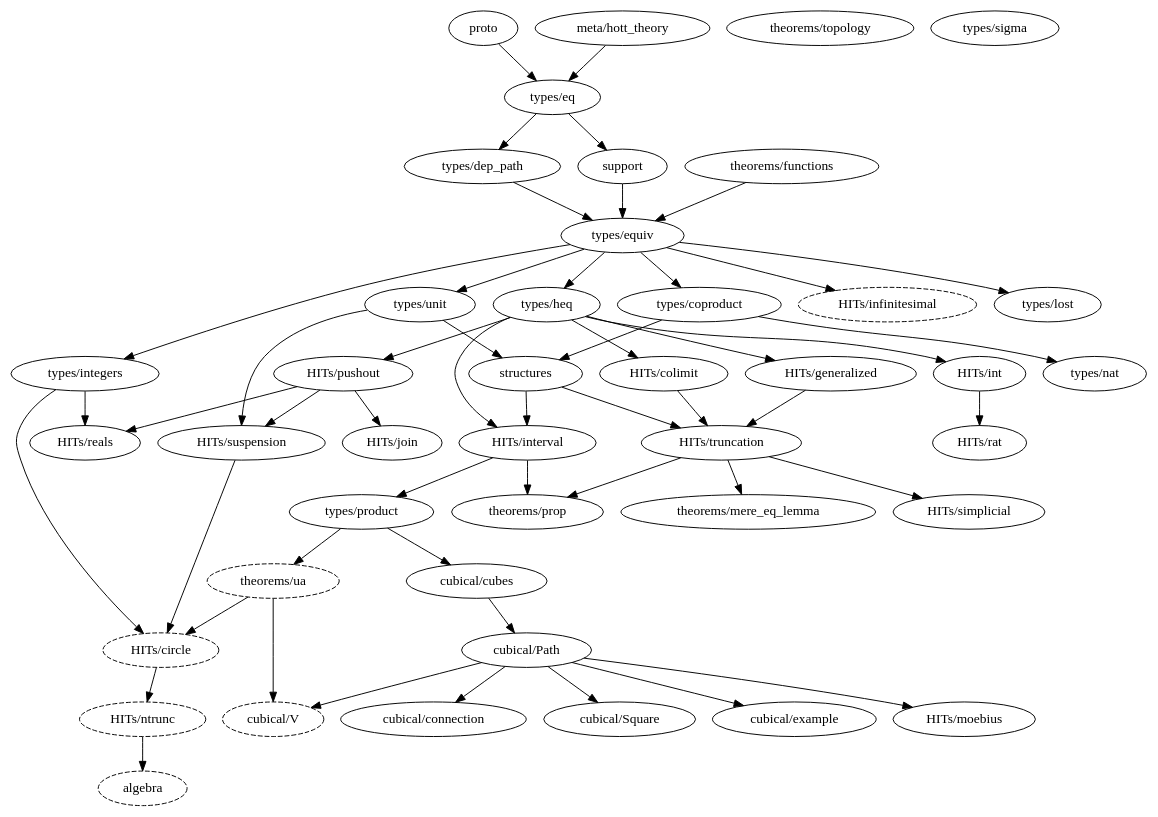
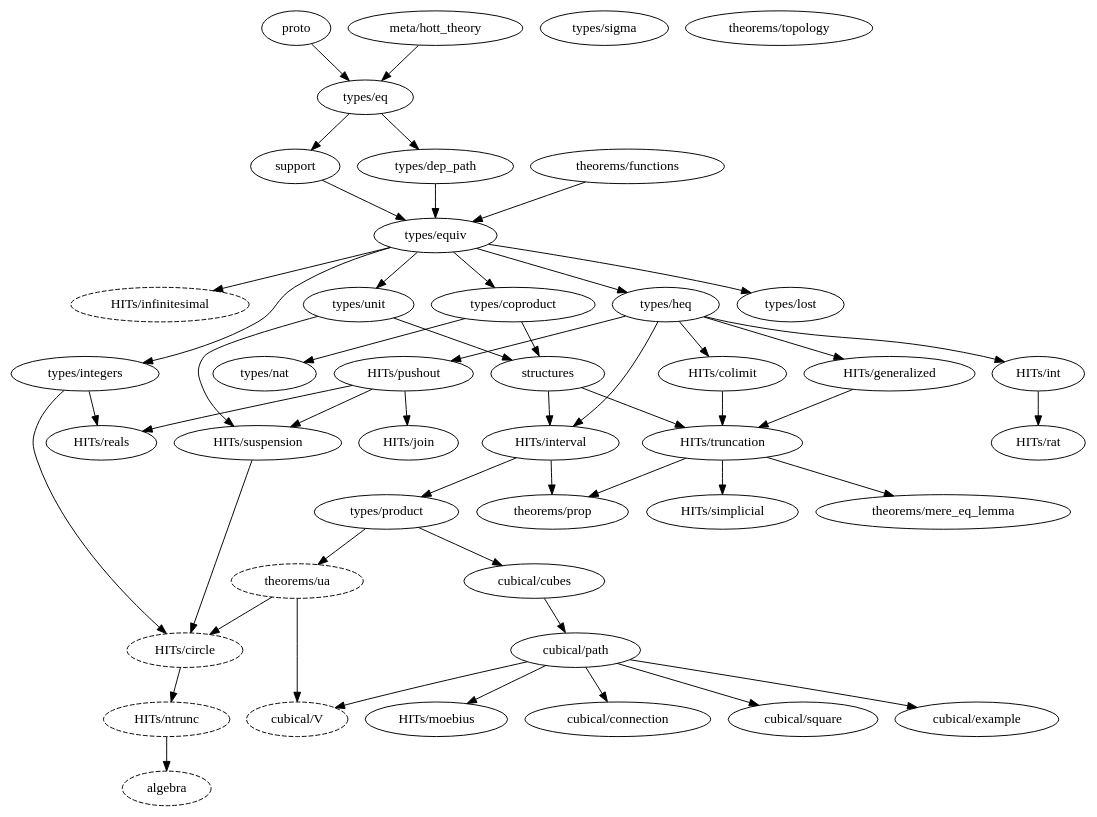
One commit to forked-from-1kasper/ground_zero changed the diagram in dependency_map.gv. Above: the diagram before and after it, drawn with Graphviz. The commit also changed 3 other files, not shown here.

```diff
--- a/dependency_map.gv
+++ b/dependency_map.gv
@@ -1,92 +1,85 @@
 digraph dependency_map {
   proto -> "types/eq"
   "meta/hott_theory" -> "types/eq"
+  support -> "types/equiv"
+  structures -> { "HITs/interval", "HITs/truncation" }
 
-  algebra [style=dashed]
-  "HITs/ntrunc" -> algebra
+  subgraph univalence {
+    node [style=dashed]
+    algebra
+    "HITs/circle"
+    "HITs/infinitesimal"
+    "HITs/ntrunc"
+    "theorems/ua"
+    "cubical/V"
+  }
 
-  "HITs/circle" [style=dashed]
-  "types/integers" -> "HITs/circle"
-  "HITs/suspension" -> "HITs/circle"
-  "theorems/ua" -> "HITs/circle"
+  subgraph types {
+    "types/coproduct" -> { "types/nat", structures }
+    "types/dep_path" -> "types/equiv"
+    "types/eq" -> { "types/dep_path", support }
+    "types/equiv" -> {
+      "types/heq",
+      "types/integers",
+      "HITs/infinitesimal",
+      "types/coproduct",
+      "types/lost",
+      "types/unit"
+    }
+    "types/heq" -> {
+      "HITs/colimit",
+      "HITs/generalized",
+      "HITs/int",
+      "HITs/pushout",
+      "HITs/interval"
+    }
+    "types/integers" ->  { "HITs/circle", "HITs/reals" }
+    "types/lost"
+    "types/nat"
+    "types/product" -> { "cubical/cubes", "theorems/ua" }
+    "types/sigma"
+    "types/unit" -> { structures, "HITs/suspension" }
+  }
 
-  "types/heq" -> "HITs/colimit"
+  subgraph HITs {
+    "HITs/circle" -> "HITs/ntrunc"
+    "HITs/colimit" -> "HITs/truncation"
+    "HITs/generalized" -> "HITs/truncation"
+    "HITs/infinitesimal"
+    "HITs/int" -> "HITs/rat"
+    "HITs/interval" -> { "types/product", "theorems/prop" }
+    "HITs/join"
+    "HITs/ntrunc" -> algebra
+    "HITs/pushout" -> {
+      "HITs/join",
+      "HITs/reals"
+    }
+    "HITs/pushout" -> "HITs/suspension"
+    "HITs/rat"
+    "HITs/reals"
+    "HITs/simplicial"
+    "HITs/suspension" -> "HITs/circle"
+    "HITs/truncation" -> {
+      "theorems/mere_eq_lemma",
+      "theorems/prop",
+      "HITs/simplicial"
+    }
+  }
 
-  "types/heq" -> "HITs/generalized"
+  subgraph cubical {
+    "cubical/path" -> "HITs/moebius"
+    "cubical/path" -> "cubical/connection"
+    "cubical/cubes" -> "cubical/path"
+    "cubical/path" -> "cubical/square"
+    "cubical/path" -> "cubical/example"
+    "cubical/path" -> "cubical/V"
+  }
 
-  "HITs/infinitesimal" [style=dashed]
-  "types/equiv" -> "HITs/infinitesimal"
-
-  "types/equiv" -> "types/coproduct"
-  "types/eq" -> "types/dep_path"
-
-  "cubical/Path" -> "cubical/connection"
-  "types/product" -> "cubical/cubes"
-  "cubical/cubes" -> "cubical/Path"
-  "cubical/Path" -> "cubical/Square"
-  "cubical/Path" -> "cubical/example"
-
-  "cubical/V" [style=dashed]
-  "theorems/ua" -> "cubical/V"
-  "cubical/Path" -> "cubical/V"
-
-  "types/equiv" -> "types/heq"
-  "types/equiv" -> "types/integers"
-
-  "types/dep_path" -> "types/equiv"
-  support -> "types/equiv"
-  "theorems/functions" -> "types/equiv"
-
-  "types/heq" -> "HITs/int"
-
-  "structures" -> "HITs/interval"
-  "types/heq" -> "HITs/interval"
-
-  "HITs/pushout" -> "HITs/join"
-
-  "cubical/Path" -> "HITs/moebius"
-
-  "HITs/truncation" -> "theorems/mere_eq_lemma"
-
-  "theorems/topology"
-
-  "HITs/ntrunc" [style=dashed]
-  "HITs/circle" -> "HITs/ntrunc"
-
-  "HITs/interval" -> "types/product"
-
-  "HITs/interval" -> "theorems/prop"
-  "HITs/truncation" -> "theorems/prop"
-
-  "types/heq" -> "HITs/pushout"
-
-  "HITs/int" -> "HITs/rat"
-
-  "HITs/pushout" -> "HITs/reals"
-  "types/integers" -> "HITs/reals"
-
-  "HITs/truncation" -> "HITs/simplicial"
-
-  "types/unit" -> structures
-  "types/coproduct" -> structures
-
-  "types/eq" -> support
-
-  "HITs/pushout" -> "HITs/suspension"
-  "types/unit" -> "HITs/suspension"
-
-  structures -> "HITs/truncation"
-  "HITs/colimit" -> "HITs/truncation"
-  "HITs/generalized" -> "HITs/truncation"
-
-  "theorems/ua" [style=dashed]
-  "types/product" -> "theorems/ua"
-
-  "types/equiv" -> "types/unit"
-
-  "types/coproduct" -> "types/nat"
-
-  "types/equiv" -> "types/lost"
-
-  "types/sigma"
+  subgraph theorems {
+    "theorems/functions" -> "types/equiv"
+    "theorems/mere_eq_lemma"
+    "theorems/prop"
+    "theorems/topology"
+    "theorems/ua" -> { "HITs/circle", "cubical/V" }
+  }
 }
```
